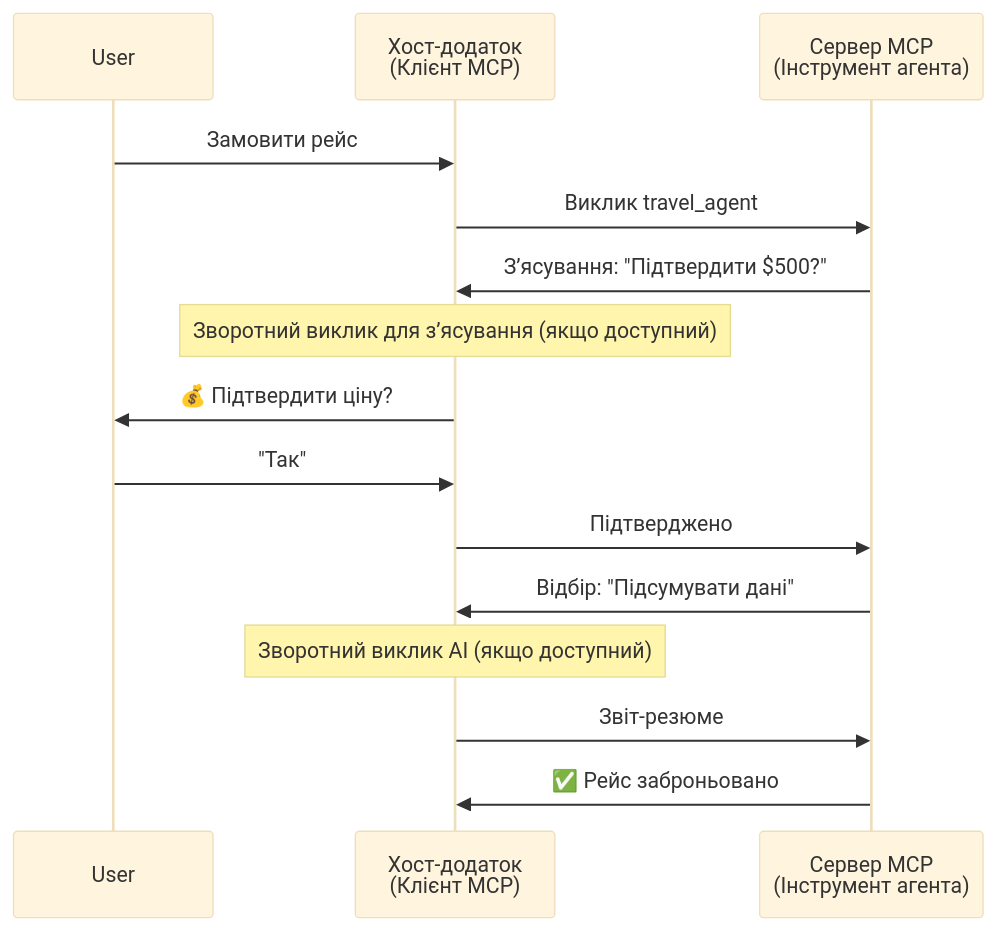
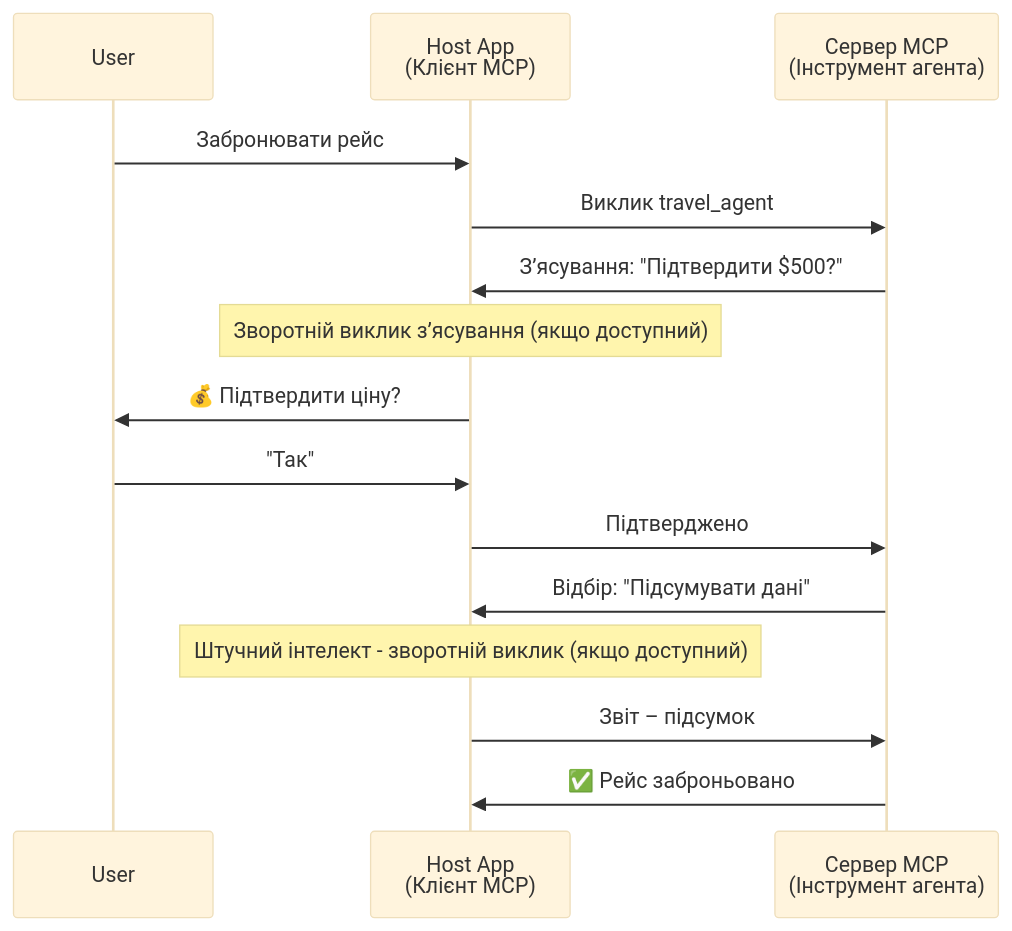
The fourth of 5 diagrams in mirrors/repos/microsoft@ai-agents-for-beginners/translations/uk/11-agentic-protocols/code_samples/mcp-agents/README.md (gabrielmoreira/agent-skills-mirror), drawn with Mermaid (base theme) before and after one commit. The commit also changed other lines of this file and 4262 other files, not shown here.

````diff
--- a/mirrors/repos/microsoft@ai-agents-for-beginners/translations/uk/11-agentic-protocols/code_samples/mcp-agents/README.md
+++ b/mirrors/repos/microsoft@ai-agents-for-beginners/translations/uk/11-agentic-protocols/code_samples/mcp-agents/README.md
@@ -163,21 +163,21 @@
 ```mermaid
 sequenceDiagram
     participant User
-    participant Host as Хост-додаток<br/>(Клієнт MCP)
+    participant Host as Host App<br/>(Клієнт MCP)
     participant Server as Сервер MCP<br/>(Інструмент агента)
 
-    User->>Host: Замовити рейс
+    User->>Host: Забронювати рейс
     Host->>Server: Виклик travel_agent
 
     Server->>Host: З’ясування: "Підтвердити $500?"
-    Note over Host: Зворотний виклик для з’ясування (якщо доступний)
+    Note over Host: Зворотній виклик з’ясування (якщо доступний)
     Host->>User: 💰 Підтвердити ціну?
     User->>Host: "Так"
     Host->>Server: Підтверджено
 
     Server->>Host: Відбір: "Підсумувати дані"
-    Note over Host: Зворотний виклик AI (якщо доступний)
-    Host->>Server: Звіт-резюме
+    Note over Host: Штучний інтелект - зворотній виклик (якщо доступний)
+    Host->>Server: Звіт – підсумок
 
     Server->>Host: ✅ Рейс заброньовано
 ```
````
